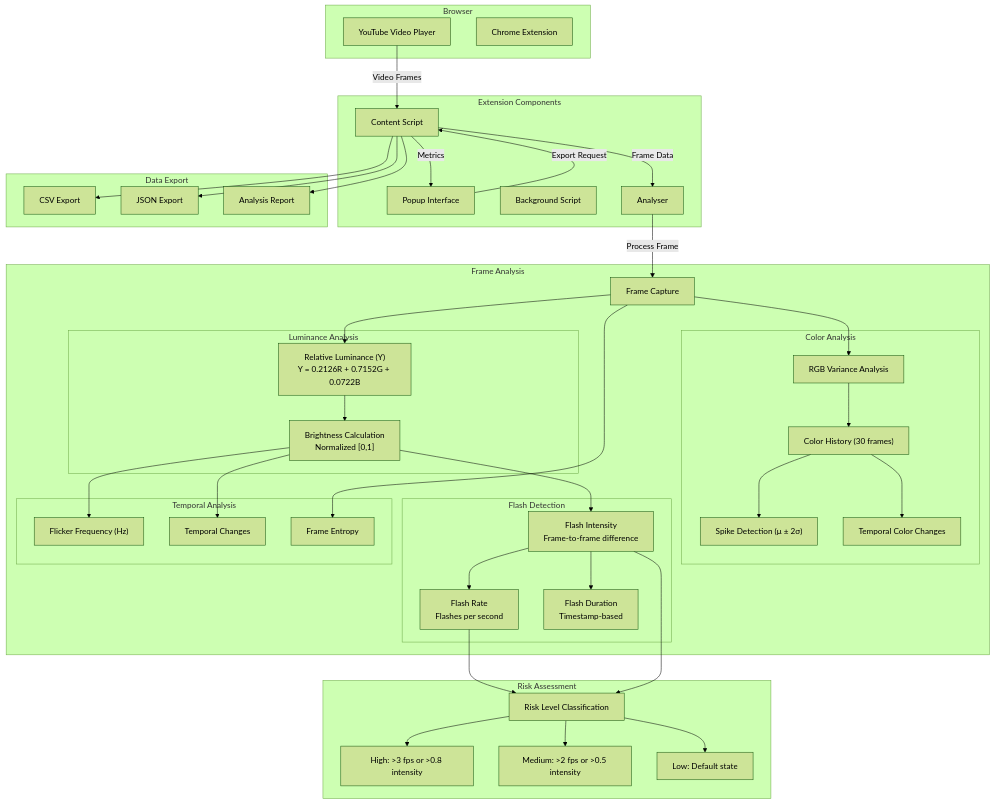
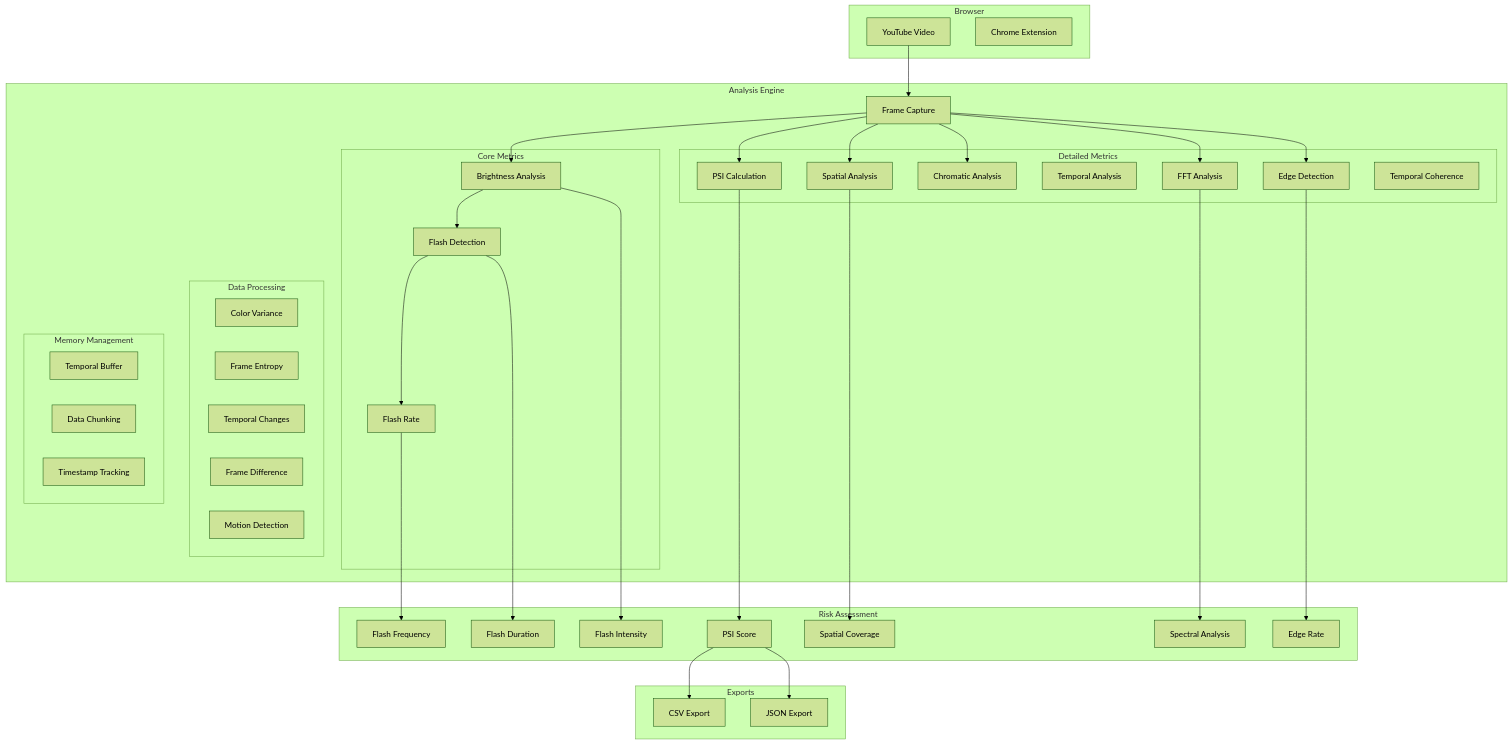
One commit to Pi-0r-Tau/EPI-LENS changed the diagram in README.md. Above: the diagram before and after it, drawn with Mermaid (forest theme).

````diff
--- a/README.md
+++ b/README.md
@@ -28,86 +28,79 @@
 ```mermaid
 graph TB
     subgraph Browser
-        YT[YouTube Video Player]
+        YT[YouTube Video]
         CE[Chrome Extension]
     end
 
-    subgraph Extension Components
-        PP[Popup Interface]
-        BG[Background Script]
-        CS[Content Script]
-        AN[Analyser]
-    end
-
-    subgraph Frame Analysis
+    subgraph Analysis Engine
         FC[Frame Capture]
-        subgraph Luminance["Luminance Analysis"]
-            LUM["Relative Luminance (Y)<br/>Y = 0.2126R + 0.7152G + 0.0722B"]
-            BR["Brightness Calculation<br/>Normalized [0,1]"]
+        subgraph Core Metrics
+            BR[Brightness Analysis]
+            FD[Flash Detection]
+            FR[Flash Rate]
         end
 
-        subgraph Color["Color Analysis"]
-            CV["RGB Variance Analysis"]
-            CHS["Color History (30 frames)"]
-            CSD["Spike Detection (μ ± 2σ)"]
-            TC["Temporal Color Changes"]
+        subgraph Detailed Metrics
+            PSI[PSI Calculation]
+            SPA[Spatial Analysis]
+            CHR[Chromatic Analysis]
+            TMP[Temporal Analysis]
+            FFT[FFT Analysis]
+            EDG[Edge Detection]
+            COH[Temporal Coherence]
         end
 
-        subgraph Flash["Flash Detection"]
-            FI["Flash Intensity<br/>Frame-to-frame difference"]
-            FR["Flash Rate<br/>Flashes per second"]
-            FD["Flash Duration<br/>Timestamp-based"]
+        subgraph Data Processing
+            VAR[Color Variance]
+            ENT[Frame Entropy]
+            TCP[Temporal Changes]
+            DIF[Frame Difference]
+            MOT[Motion Detection]
         end
 
-        subgraph Temporal["Temporal Analysis"]
-            FF["Flicker Frequency (Hz)"]
-            TM["Temporal Changes"]
-            EN["Frame Entropy"]
+        subgraph Memory Management
+            BUF[Temporal Buffer]
+            CHK[Data Chunking]
+            TST[Timestamp Tracking]
         end
     end
 
-    subgraph Risk["Risk Assessment"]
-        RA["Risk Level Classification"]
-        RH["High: >3 fps or >0.8 intensity"]
-        RM["Medium: >2 fps or >0.5 intensity"]
-        RL["Low: Default state"]
+    subgraph Risk Assessment
+        PSC[PSI Score]
+        FRQ[Flash Frequency]
+        INT[Flash Intensity]
+        COV[Spatial Coverage]
+        DUR[Flash Duration]
+        SPE[Spectral Analysis]
+        EDR[Edge Rate]
     end
 
-    subgraph Export["Data Export"]
-        CSV["CSV Export"]
-        JSON["JSON Export"]
-        REP["Analysis Report"]
+    subgraph Exports
+        CSV[CSV Export]
+        JSON[JSON Export]
+        
     end
 
-    YT -->|Video Frames| CS
-    CS -->|Frame Data| AN
-    AN -->|Process Frame| FC
+    YT --> FC
+    FC --> BR
+    FC --> PSI
+    FC --> SPA
+    FC --> CHR
+    FC --> FFT
+    FC --> EDG
 
-    FC --> LUM
-    LUM --> BR
-    BR --> FI
+    BR --> FD
+    FD --> FR
 
-    FC --> CV
-    CV --> CHS
-    CHS --> CSD
-    CHS --> TC
+    PSI --> PSC
+    FR --> FRQ
+    BR --> INT
+    SPA --> COV
+    FD --> DUR
+    FFT --> SPE
+    EDG --> EDR
 
-    FI --> FR
-    FI --> FD
-
-    BR --> FF
-    BR --> TM
-    FC --> EN
-
-    FR --> RA
-    FI --> RA
-    RA --> RH
-    RA --> RM
-    RA --> RL
-
-    CS -->|Metrics| PP
-    PP -->|Export Request| CS
-    CS --> CSV
-    CS --> JSON
-    CS --> REP
+    PSC --> CSV
+    PSC --> JSON
+    
 ```
````
